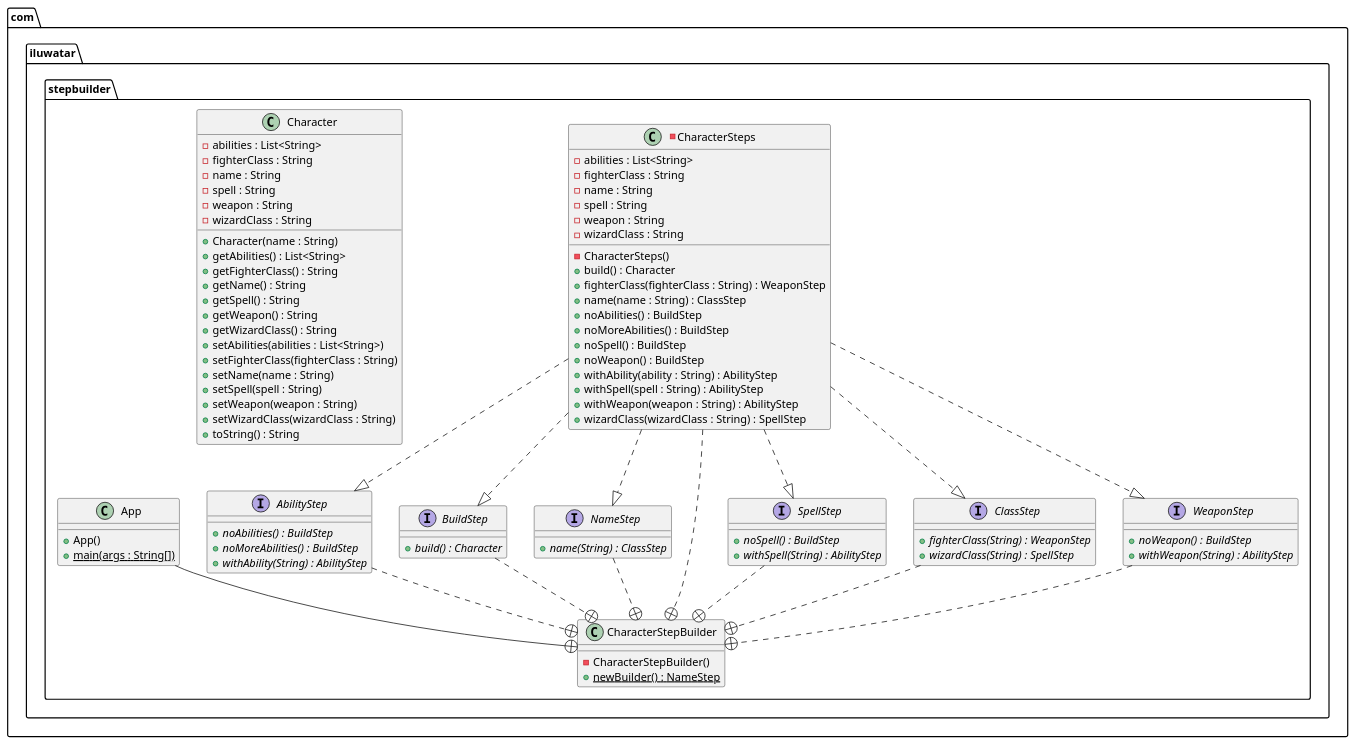
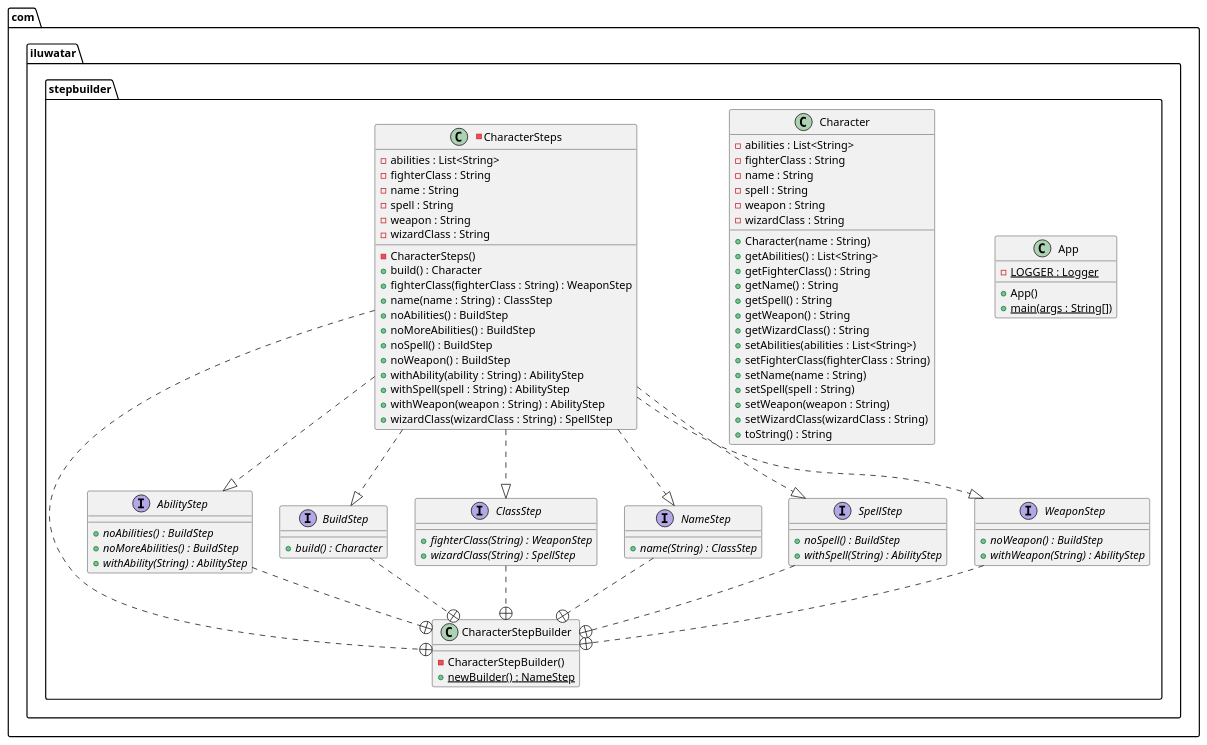
Before and after one commit to NatalieSty/java-design-patterns: the diagram in step-builder/etc/step-builder.urm.puml, drawn with PlantUML. The commit also changed 84 other files, not shown here.

```diff
--- a/step-builder/etc/step-builder.urm.puml
+++ b/step-builder/etc/step-builder.urm.puml
@@ -1,91 +1,91 @@
 @startuml
 package com.iluwatar.stepbuilder {
-  interface AbilityStep {
-    + noAbilities() : BuildStep {abstract}
-    + noMoreAbilities() : BuildStep {abstract}
-    + withAbility(String) : AbilityStep {abstract}
-  }
-  interface BuildStep {
-    + build() : Character {abstract}
-  }
-  interface NameStep {
-    + name(String) : ClassStep {abstract}
-  }
-  -class CharacterSteps {
-    - abilities : List<String>
-    - fighterClass : String
-    - name : String
-    - spell : String
-    - weapon : String
-    - wizardClass : String
-    - CharacterSteps()
-    + build() : Character
-    + fighterClass(fighterClass : String) : WeaponStep
-    + name(name : String) : ClassStep
-    + noAbilities() : BuildStep
-    + noMoreAbilities() : BuildStep
-    + noSpell() : BuildStep
-    + noWeapon() : BuildStep
-    + withAbility(ability : String) : AbilityStep
-    + withSpell(spell : String) : AbilityStep
-    + withWeapon(weapon : String) : AbilityStep
-    + wizardClass(wizardClass : String) : SpellStep
-  }
   class App {
+    - LOGGER : Logger {static}
     + App()
     + main(args : String[]) {static}
-  }
-  class CharacterStepBuilder {
-    - CharacterStepBuilder()
-    + newBuilder() : NameStep {static}
   }
   class Character {
     - abilities : List<String>
     - fighterClass : String
     - name : String
     - spell : String
     - weapon : String
     - wizardClass : String
     + Character(name : String)
     + getAbilities() : List<String>
     + getFighterClass() : String
     + getName() : String
     + getSpell() : String
     + getWeapon() : String
     + getWizardClass() : String
     + setAbilities(abilities : List<String>)
     + setFighterClass(fighterClass : String)
     + setName(name : String)
     + setSpell(spell : String)
     + setWeapon(weapon : String)
     + setWizardClass(wizardClass : String)
     + toString() : String
   }
-  interface SpellStep {
-    + noSpell() : BuildStep {abstract}
-    + withSpell(String) : AbilityStep {abstract}
+  class CharacterStepBuilder {
+    - CharacterStepBuilder()
+    + newBuilder() : NameStep {static}
+  }
+  interface AbilityStep {
+    + noAbilities() : BuildStep {abstract}
+    + noMoreAbilities() : BuildStep {abstract}
+    + withAbility(String) : AbilityStep {abstract}
+  }
+  interface BuildStep {
+    + build() : Character {abstract}
+  }
+  -class CharacterSteps {
+    - abilities : List<String>
+    - fighterClass : String
+    - name : String
+    - spell : String
+    - weapon : String
+    - wizardClass : String
+    - CharacterSteps()
+    + build() : Character
+    + fighterClass(fighterClass : String) : WeaponStep
+    + name(name : String) : ClassStep
+    + noAbilities() : BuildStep
+    + noMoreAbilities() : BuildStep
+    + noSpell() : BuildStep
+    + noWeapon() : BuildStep
+    + withAbility(ability : String) : AbilityStep
+    + withSpell(spell : String) : AbilityStep
+    + withWeapon(weapon : String) : AbilityStep
+    + wizardClass(wizardClass : String) : SpellStep
   }
   interface ClassStep {
     + fighterClass(String) : WeaponStep {abstract}
     + wizardClass(String) : SpellStep {abstract}
+  }
+  interface NameStep {
+    + name(String) : ClassStep {abstract}
+  }
+  interface SpellStep {
+    + noSpell() : BuildStep {abstract}
+    + withSpell(String) : AbilityStep {abstract}
   }
   interface WeaponStep {
     + noWeapon() : BuildStep {abstract}
     + withWeapon(String) : AbilityStep {abstract}
   }
 }
-App --+ CharacterStepBuilder
 WeaponStep ..+ CharacterStepBuilder
-ClassStep ..+ CharacterStepBuilder
 SpellStep ..+ CharacterStepBuilder
 CharacterSteps ..+ CharacterStepBuilder
+ClassStep ..+ CharacterStepBuilder
 AbilityStep ..+ CharacterStepBuilder
 NameStep ..+ CharacterStepBuilder
 BuildStep ..+ CharacterStepBuilder
 CharacterSteps ..|> NameStep 
 CharacterSteps ..|> ClassStep 
 CharacterSteps ..|> WeaponStep 
 CharacterSteps ..|> SpellStep 
 CharacterSteps ..|> AbilityStep 
 CharacterSteps ..|> BuildStep 
 @enduml
```
